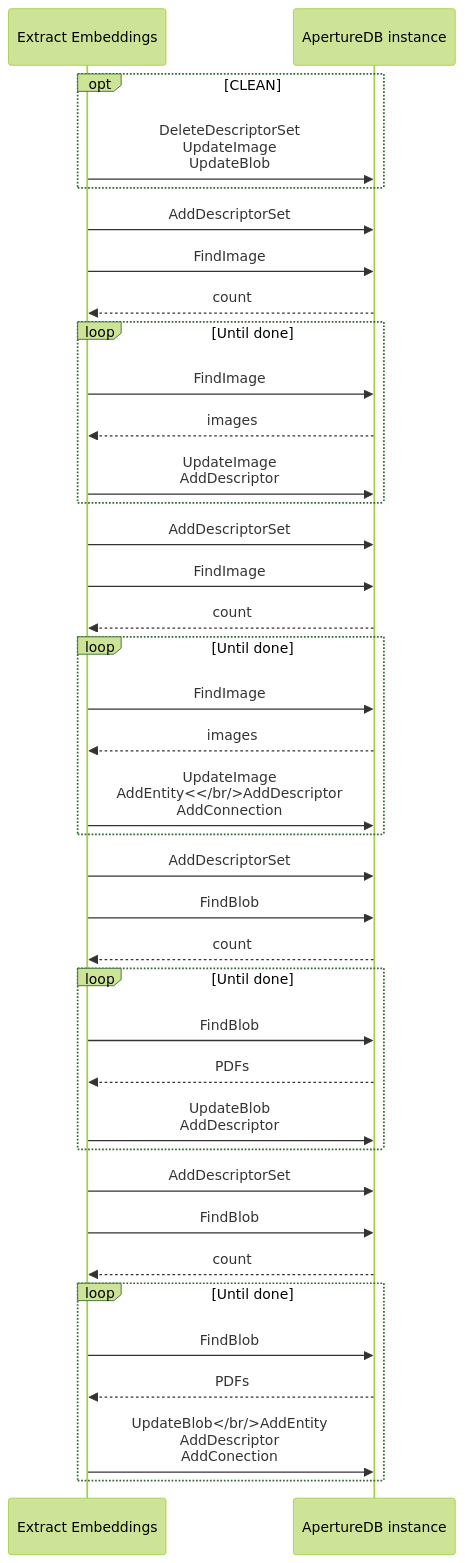
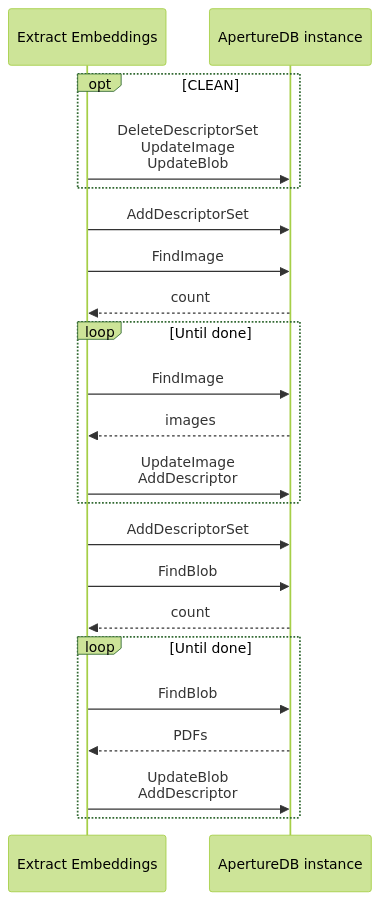
One commit to aperture-data/workflows changed the diagram in apps/embeddings-extraction/README.md. Above: the diagram before and after it, drawn with Mermaid (forest theme). The commit also changed other lines of this file and 79 other files, not shown here.

````diff
--- a/apps/embeddings-extraction/README.md
+++ b/apps/embeddings-extraction/README.md
@@ -12,44 +12,27 @@
 ```mermaid
 sequenceDiagram
     participant W as Extract Embeddings
     participant A as ApertureDB instance
     opt CLEAN
         W->>A: DeleteDescriptorSet<br/>UpdateImage<br/>UpdateBlob
     end
 
     W->>A: AddDescriptorSet
     W->>A: FindImage
     A-->>W: count
     loop Until done
         W->>A: FindImage
         A-->>W: images
         W->>A: UpdateImage<br/>AddDescriptor
     end
 
     W->>A: AddDescriptorSet
-    W->>A: FindImage
-    A-->>W: count
-    loop Until done
-        W->>A: FindImage
-        A-->>W: images
-        W->>A: UpdateImage<br/>AddEntity<</br/>AddDescriptor<br/>AddConnection
-    end
-
-    W->>A: AddDescriptorSet
     W->>A: FindBlob
     A-->>W: count
     loop Until done
         W->>A: FindBlob
         A-->>W: PDFs
         W->>A: UpdateBlob<br/>AddDescriptor
     end
 
-    W->>A: AddDescriptorSet
-    W->>A: FindBlob
-    A-->>W: count
-    loop Until done
-        W->>A: FindBlob
-        A-->>W: PDFs
-        W->>A: UpdateBlob</br/>AddEntity<br/>AddDescriptor<br/>AddConection
-    end
 ```
````
